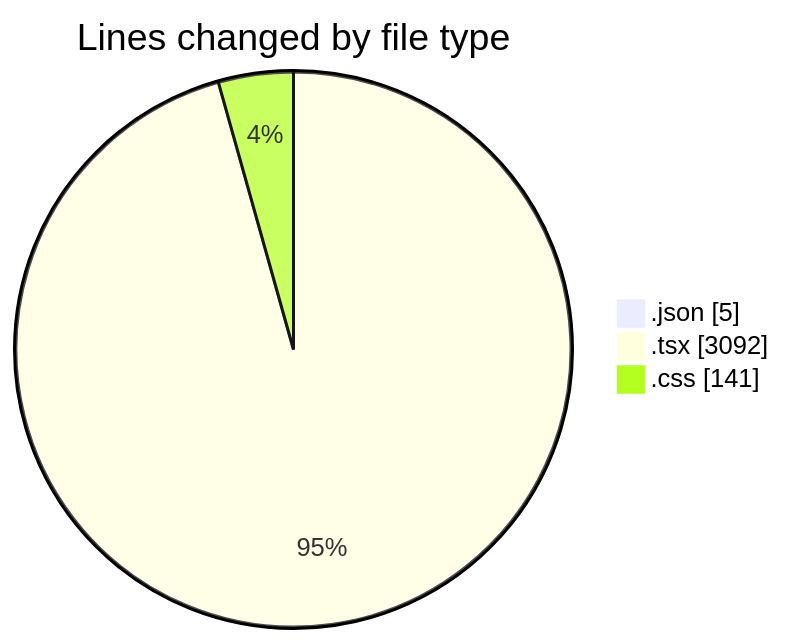
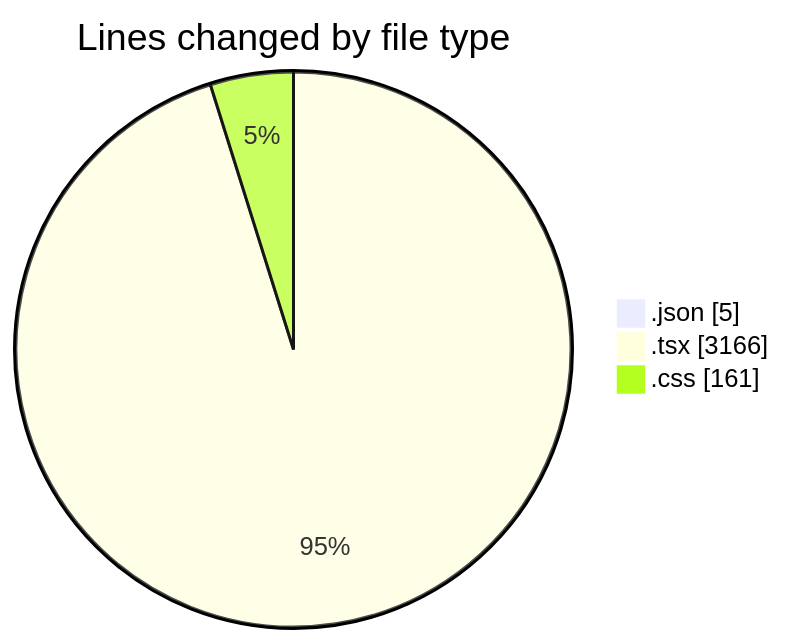
The first of 2 diagrams in 2025-05-29/advertise/README.md (Elitesun/code-tracking), drawn with Mermaid before and after one commit. The commit also changed other lines of this file and 1 other file, not shown here.

````diff
--- a/2025-05-29/advertise/README.md
+++ b/2025-05-29/advertise/README.md
@@ -28,7 +29,7 @@
 ```mermaid
 pie showData
 title Lines changed by file type
 ".json" : 5
-".tsx" : 3092
-".css" : 141
+".tsx" : 3166
+".css" : 161
 ```
````
